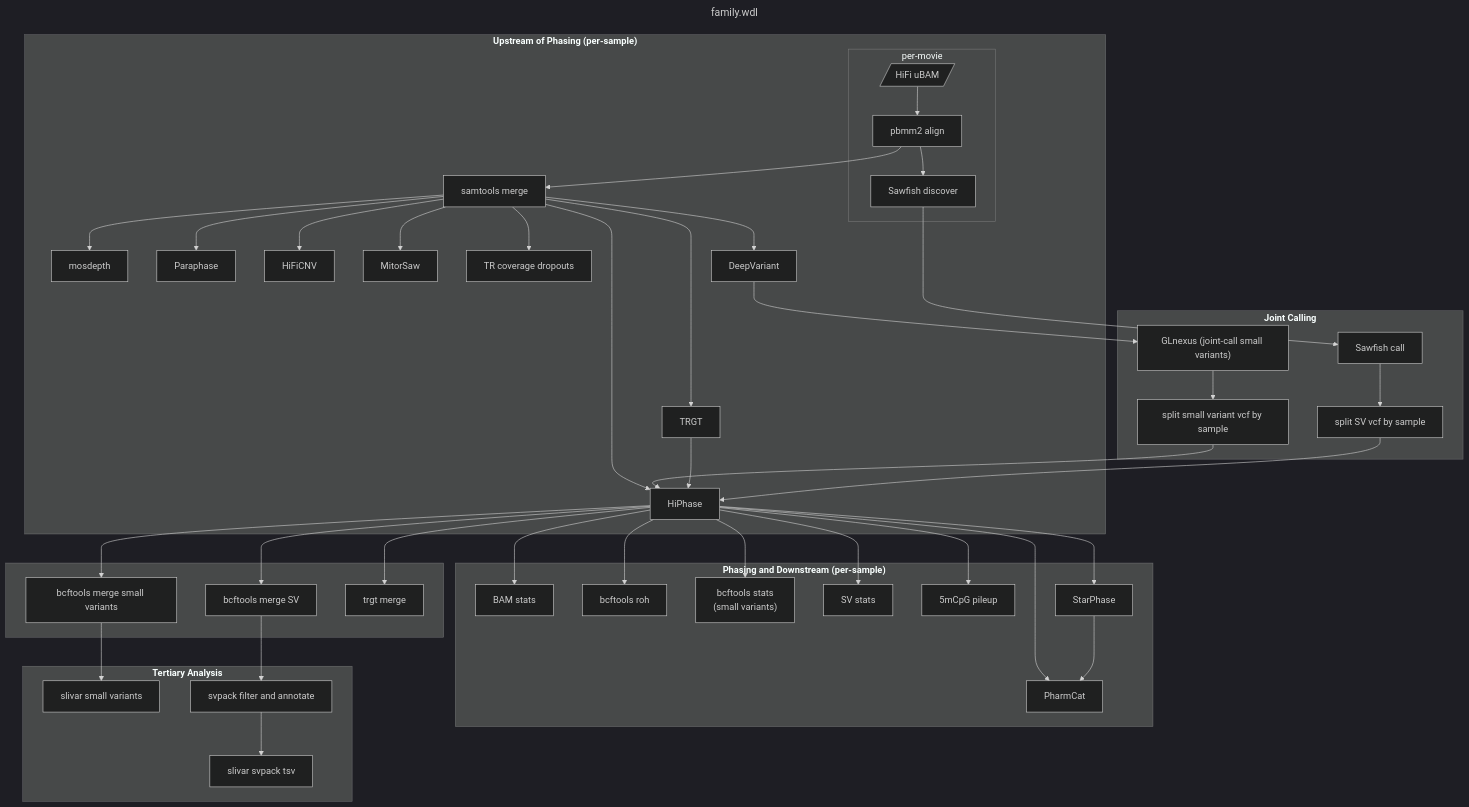
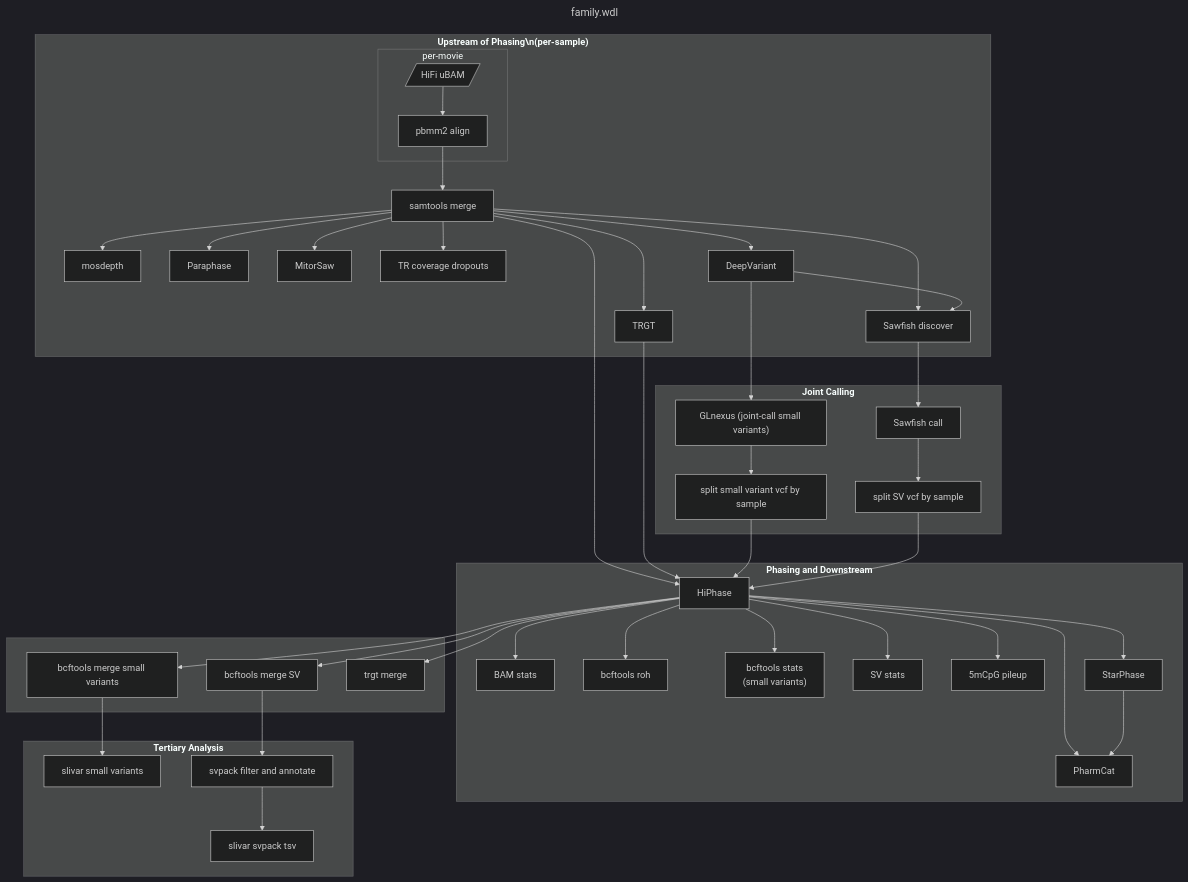
The diagram in docs/family.md (PacificBiosciences/HiFi-human-WGS-WDL), drawn with Mermaid (dark theme) before and after one commit. The commit also changed other lines of this file and 29 other files, not shown here.

First line of the commit message:
feat: Update to sawfish v2.0.0, which replaces hificnv functionality (#222)

````diff
--- a/docs/family.md
+++ b/docs/family.md
@@ -22,50 +21,82 @@
 ```mermaid
 ---
 title: family.wdl
 ---
 flowchart TD
-  subgraph "`**Upstream of Phasing (per-sample)**`"
+  subgraph "`**Upstream of Phasing\n(per-sample)**`"
     subgraph "per-movie"
-      ubam[/"HiFi uBAM"/] --> pbmm2_align["pbmm2 align"]
-      pbmm2_align --> sawfish_discover["Sawfish discover"]
+      ubam[/"HiFi uBAM"/]
+      pbmm2_align["pbmm2 align"]
     end
-    pbmm2_align --> samtools_merge["samtools merge"]
-    samtools_merge --> mosdepth["mosdepth"]
-    samtools_merge --> paraphase["Paraphase"]
-    samtools_merge --> hificnv["HiFiCNV"]
-    samtools_merge --> mitorsaw["MitorSaw"]
-    samtools_merge --> trgt["TRGT"]
-    samtools_merge --> trgt_dropouts["TR coverage dropouts"]
-    samtools_merge --> deepvariant["DeepVariant"]
-    samtools_merge --> hiphase["HiPhase"]
+    samtools_merge["samtools merge"]
+    mosdepth["mosdepth"]
+    paraphase["Paraphase"]
+    mitorsaw["MitorSaw"]
+    trgt["TRGT"]
+    trgt_dropouts["TR coverage dropouts"]
+    deepvariant["DeepVariant"]
+    sawfish_discover["Sawfish discover"]
   end
   subgraph "`**Joint Calling**`"
-    deepvariant --> glnexus["GLnexus (joint-call small variants)"]
-    sawfish_discover --> sawfish_call["Sawfish call"]
-    glnexus --> split_glnexus["split small variant vcf by sample"]
-    sawfish_call --> split_sawfish["split SV vcf by sample"]
+    glnexus["GLnexus (joint-call small variants)"]
+    sawfish_call["Sawfish call"]
+    split_glnexus["split small variant vcf by sample"]
+    split_sawfish["split SV vcf by sample"]
   end
-  subgraph "`**Phasing and Downstream (per-sample)**`"
-    split_glnexus --> hiphase
-    trgt --> hiphase
-    split_sawfish --> hiphase
-    hiphase --> bam_stats["BAM stats"]
-    hiphase --> bcftools_roh["bcftools roh"]
-    hiphase --> bcftools_stats["bcftools stats\n(small variants)"]
-    hiphase --> sv_stats["SV stats"]
-    hiphase --> cpg_pileup["5mCpG pileup"]
-    hiphase --> starphase["StarPhase"]
-    hiphase --> pharmcat["PharmCat"]
-    starphase --> pharmcat
+  subgraph "`**Phasing and Downstream**`"
+    hiphase["HiPhase"]
+    bam_stats["BAM stats"]
+    bcftools_roh["bcftools roh"]
+    bcftools_stats["bcftools stats\n(small variants)"]
+    sv_stats["SV stats"]
+    cpg_pileup["5mCpG pileup"]
+    starphase["StarPhase"]
+    pharmcat["PharmCat"]
   end
   subgraph " "
-    hiphase --> merge_small_variants["bcftools merge small variants"]
-    hiphase --> merge_svs["bcftools merge SV"]
-    hiphase --> trgt_merge["trgt merge"]
+    merge_small_variants["bcftools merge small variants"]
+    merge_svs["bcftools merge SV"]
+    trgt_merge["trgt merge"]
   end
   subgraph "`**Tertiary Analysis**`"
-    merge_small_variants --> slivar_small_variants["slivar small variants"]
-    merge_svs --> svpack["svpack filter and annotate"]
-    svpack --> slivar_svpack["slivar svpack tsv"]
+    slivar_small_variants["slivar small variants"]
+    svpack["svpack filter and annotate"]
+    slivar_svpack["slivar svpack tsv"]
   end
+
+  ubam --> pbmm2_align --> samtools_merge
+  samtools_merge --> mosdepth
+  samtools_merge --> paraphase
+  samtools_merge --> mitorsaw
+  samtools_merge --> trgt
+  samtools_merge --> trgt_dropouts
+  samtools_merge --> deepvariant
+  samtools_merge --> sawfish_discover
+  samtools_merge --> hiphase
+  deepvariant --> sawfish_discover
+  deepvariant --> glnexus
+  sawfish_discover --> sawfish_call
+  trgt --> hiphase
+
+  glnexus --> split_glnexus
+  sawfish_call --> split_sawfish
+  split_glnexus --> hiphase
+  split_sawfish --> hiphase
+
+  hiphase --> bam_stats
+  hiphase --> bcftools_roh
+  hiphase --> bcftools_stats
+  hiphase --> sv_stats
+  hiphase --> cpg_pileup
+  hiphase --> starphase
+  hiphase --> pharmcat
+  starphase --> pharmcat
+
+  hiphase --> merge_small_variants
+  hiphase --> merge_svs
+  hiphase --> trgt_merge
+
+  merge_small_variants --> slivar_small_variants
+  merge_svs --> svpack
+  svpack --> slivar_svpack
 ```
````
